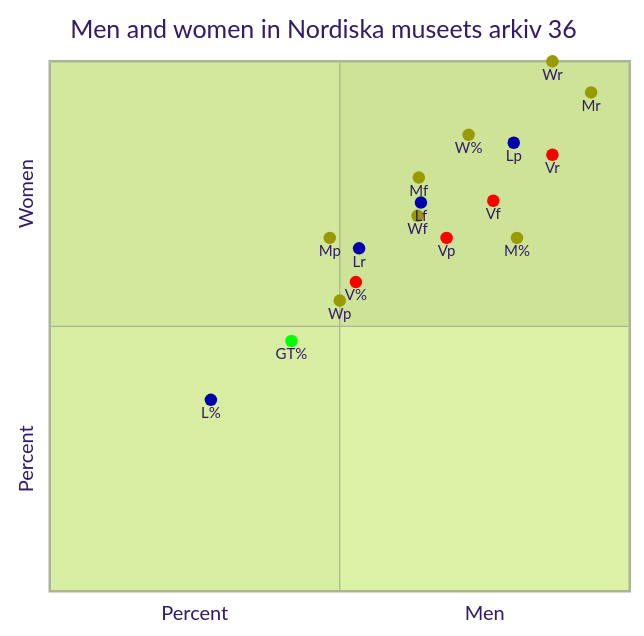
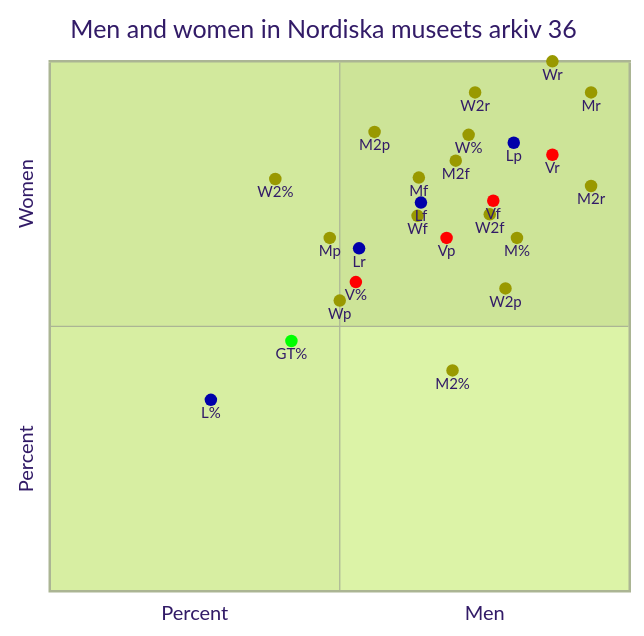
One commit to Modern36/tropes_1500 changed diagram 11 of 11 in browser/scatter.md. Above: the diagram before and after it, drawn with Mermaid (forest theme). The commit also changed other lines of this file and 319 other files, not shown here.

````diff
--- a/browser/scatter.md
+++ b/browser/scatter.md
@@ -295,24 +375,32 @@
 ```mermaid
 quadrantChart
     title Men and women in Nordiska museets arkiv 36
     x-axis Percent --> Men
     y-axis Percent --> Women
     M%: [0.8055555555555556, 0.6666666666666666] color: #999900
+    M2%: [0.6944444444444444, 0.4166666666666667] color: #999900
     W%: [0.7222222222222222, 0.8611111111111112] color: #999900
+    W2%: [0.3888888888888889, 0.7777777777777778] color: #999900
     GT%: [0.4166666666666667, 0.4722222222222222] color: #00FF00
     V%: [0.5277777777777778, 0.5833333333333334] color: #FF0000
     L%: [0.2777777777777778, 0.3611111111111111] color: #0000AA
-    Lf: [0.64, 0.7333333333333333]  color: #0000AA
+    Lf: [0.64, 0.7333333333333334]  color: #0000AA
     Lp: [0.8, 0.8461538461538461]  color: #0000AA
     Lr: [0.5333333333333333, 0.6470588235294118]  color: #0000AA
-    Vf: [0.7647058823529411, 0.7368421052631579]  color: #FF0000
+    Vf: [0.7647058823529413, 0.7368421052631577]  color: #FF0000
     Vp: [0.6842105263157895, 0.6666666666666666]  color: #FF0000
     Vr: [0.8666666666666667, 0.8235294117647058]  color: #FF0000
-    Wf: [0.6341463414634146, 0.7083333333333334]  color: #999900
+    W2f: [0.7586206896551724, 0.7111111111111111]  color: #999900
+    W2p: [0.7857142857142857, 0.5714285714285714]  color: #999900
+    W2r: [0.7333333333333333, 0.9411764705882353]  color: #999900
+    Wf: [0.6341463414634146, 0.7083333333333333]  color: #999900
     Wp: [0.5, 0.5483870967741935]  color: #999900
     Wr: [0.8666666666666667, 0.9999]  color: #999900
-    Mf: [0.6363636363636364, 0.7804878048780488]  color: #999900
+    M2f: [0.7000000000000001, 0.8125]  color: #999900
+    M2p: [0.56, 0.8666666666666667]  color: #999900
+    M2r: [0.9333333333333333, 0.7647058823529411]  color: #999900
+    Mf: [0.6363636363636364, 0.7804878048780487]  color: #999900
     Mp: [0.4827586206896552, 0.6666666666666666]  color: #999900
     Mr: [0.9333333333333333, 0.9411764705882353]  color: #999900
 
 ```
````
